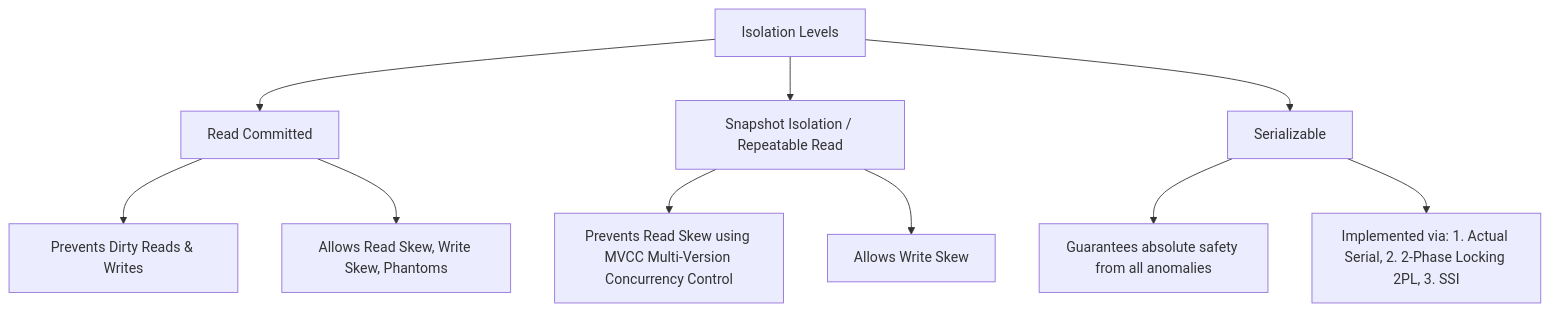
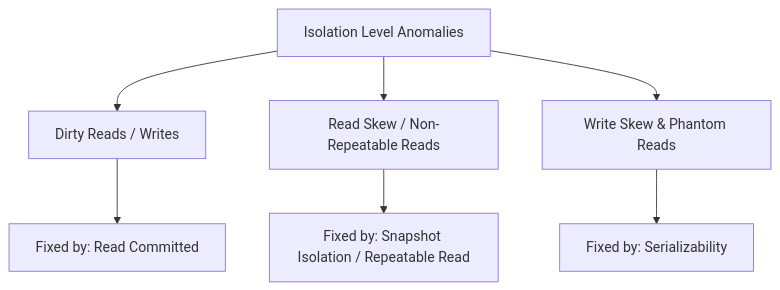
One commit to fredLuv/ddia-gitbook changed the diagram in chapters/ch7_transactions.md. Above: the diagram before and after it, drawn with Mermaid. The commit also changed other lines of this file, not shown here.

````diff
--- a/chapters/ch7_transactions.md
+++ b/chapters/ch7_transactions.md
@@ -25,14 +25,11 @@
 ```mermaid
 graph TD
-    A[Isolation Levels] --> B[Read Committed]
-    B --> C[Prevents Dirty Reads & Writes]
-    B --> D[Allows Read Skew, Write Skew, Phantoms]
+    A[Isolation Level Anomalies] --> B[Dirty Reads / Writes]
+    B --> C[Fixed by: Read Committed]
     
-    A --> E[Snapshot Isolation / Repeatable Read]
-    E --> F[Prevents Read Skew using MVCC Multi-Version Concurrency Control]
-    E --> G[Allows Write Skew]
+    A --> D[Read Skew / Non-Repeatable Reads]
+    D --> E[Fixed by: Snapshot Isolation / Repeatable Read]
     
-    A --> H[Serializable]
-    H --> I[Guarantees absolute safety from all anomalies]
-    H --> J[Implemented via: 1. Actual Serial, 2. 2-Phase Locking 2PL, 3. SSI]
+    A --> F[Write Skew & Phantom Reads]
+    F --> G[Fixed by: Serializability]
 ```
````
